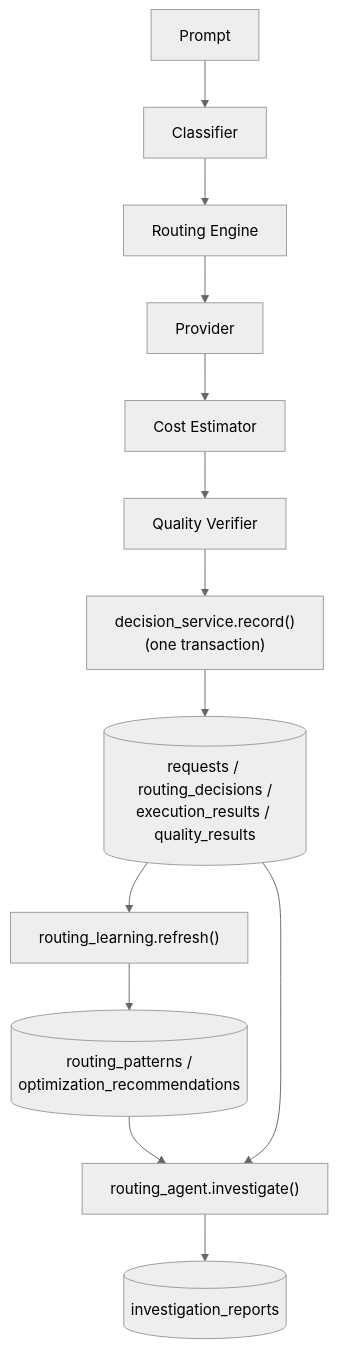
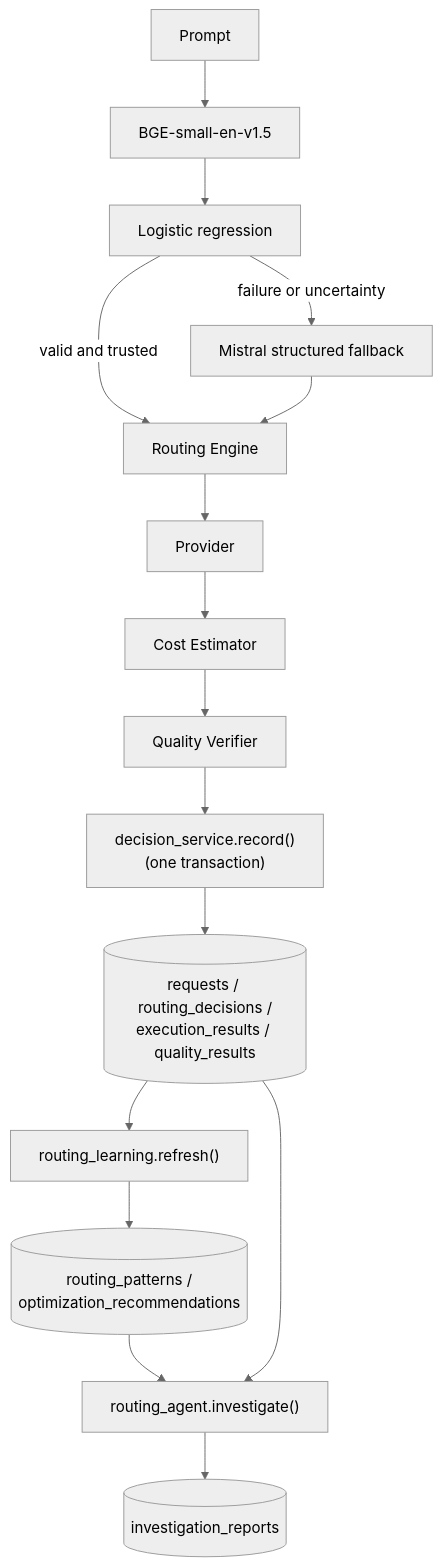
One commit to siddhunangadi/routingbridge changed the second of 3 diagrams in README.md. Above: the diagram before and after it, drawn with Mermaid (neutral theme). The commit also changed other lines of this file, not shown here.

````diff
--- a/README.md
+++ b/README.md
@@ -81,15 +80,18 @@
 ```mermaid
 flowchart TD
-    A[Prompt] --> B[Classifier]
-    B --> C[Routing Engine]
+    A[Prompt] --> B[BGE-small-en-v1.5]
+    B --> B2[Logistic regression]
+    B2 -->|valid and trusted| C[Routing Engine]
+    B2 -->|failure or uncertainty| M[Mistral structured fallback]
+    M --> C
     C --> D[Provider]
     D --> E[Cost Estimator]
     E --> F[Quality Verifier]
     F --> G["decision_service.record()<br/>(one transaction)"]
     G --> H[(requests / routing_decisions /<br/>execution_results / quality_results)]
     H --> I["routing_learning.refresh()"]
     I --> J[(routing_patterns /<br/>optimization_recommendations)]
     J --> K["routing_agent.investigate()"]
     H --> K
     K --> L[(investigation_reports)]
 ```
````
